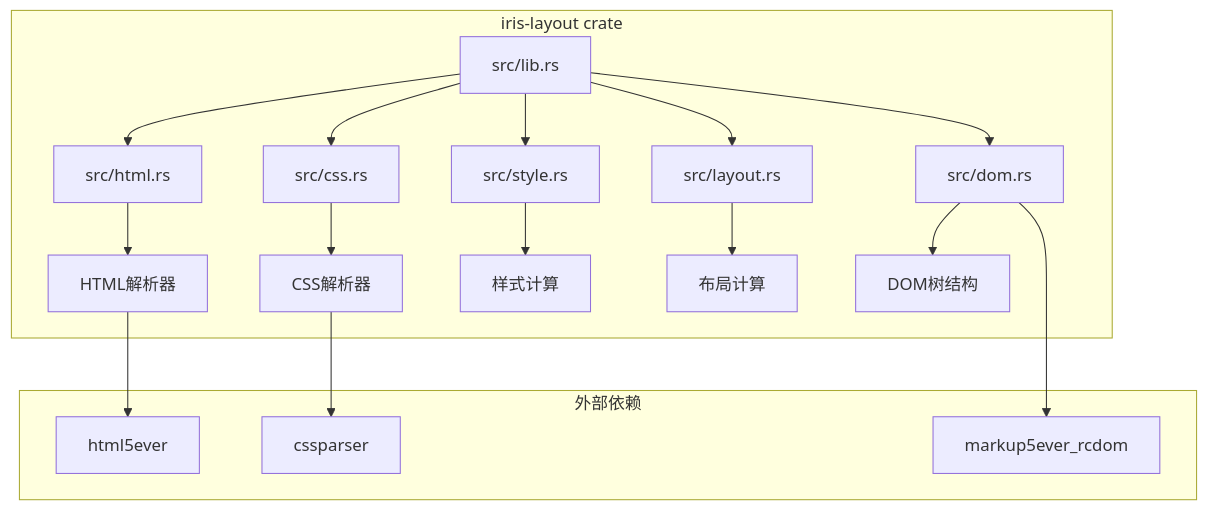
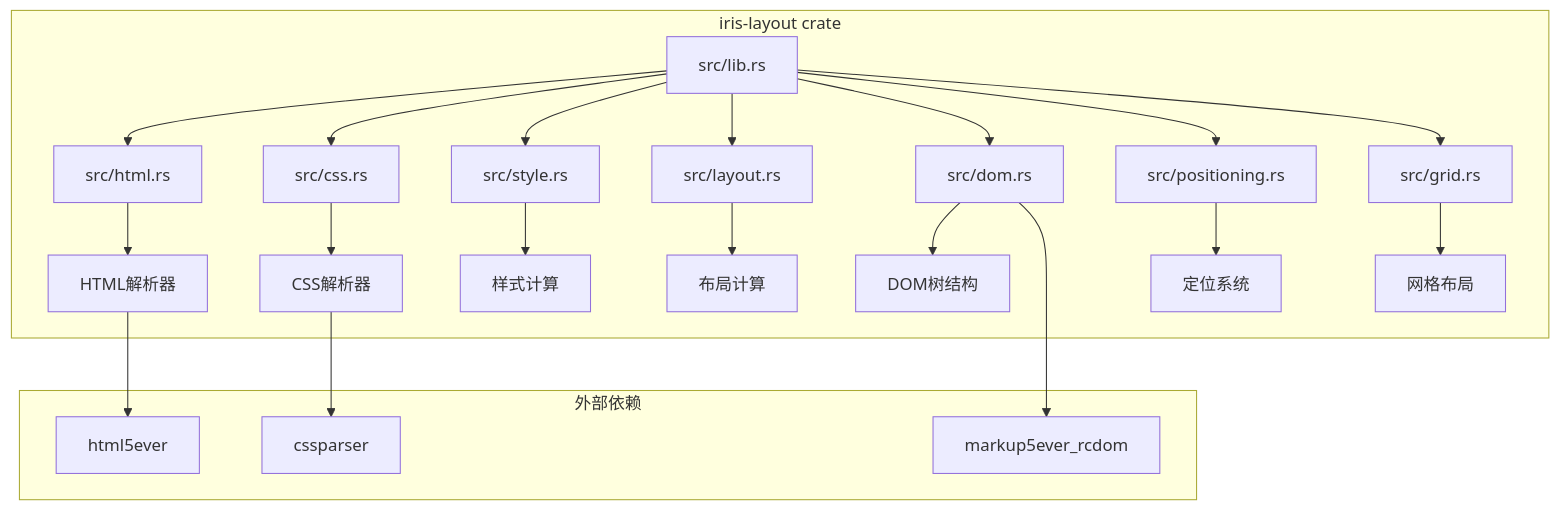
The first of 18 diagrams in .qoder/repowiki/zh/content/技术架构详解/布局样式系统/iris-layout布局引擎.md (itszzl-sudo/iris), drawn with Mermaid before and after one commit. The commit also changed other lines of this file and 6 other files, not shown here.

````diff
--- a/.qoder/repowiki/zh/content/技术架构详解/布局样式系统/iris-layout布局引擎.md
+++ b/.qoder/repowiki/zh/content/技术架构详解/布局样式系统/iris-layout布局引擎.md
@@ -42,23 +54,27 @@
 ```mermaid
 graph TB
 subgraph "iris-layout crate"
 A[src/lib.rs] --> B[src/html.rs]
 A --> C[src/css.rs]
 A --> D[src/style.rs]
 A --> E[src/layout.rs]
 A --> F[src/dom.rs]
-B --> G[HTML解析器]
-C --> H[CSS解析器]
-D --> I[样式计算]
-E --> J[布局计算]
-F --> K[DOM树结构]
+A --> G[src/positioning.rs]
+A --> H[src/grid.rs]
+B --> I[HTML解析器]
+C --> J[CSS解析器]
+D --> K[样式计算]
+E --> L[布局计算]
+F --> M[DOM树结构]
+G --> N[定位系统]
+H --> O[网格布局]
 end
 subgraph "外部依赖"
-L[html5ever]
-M[cssparser]
-N[markup5ever_rcdom]
+P[html5ever]
+Q[cssparser]
+R[markup5ever_rcdom]
 end
-G --> L
-H --> M
-F --> N
+I --> P
+J --> Q
+F --> R
 ```
````
